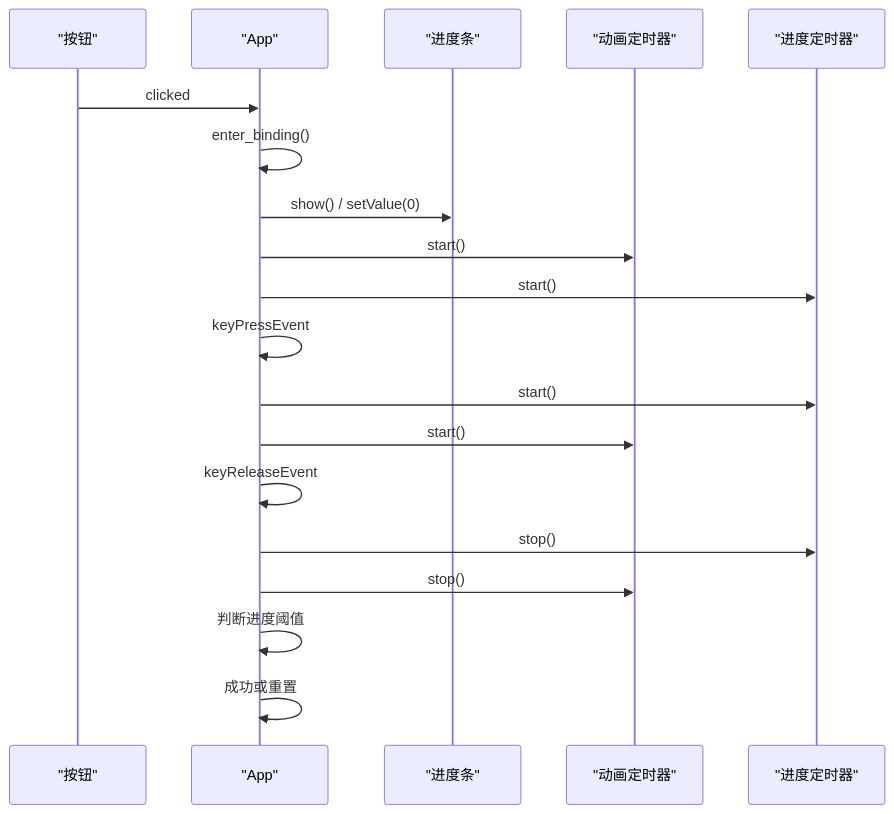
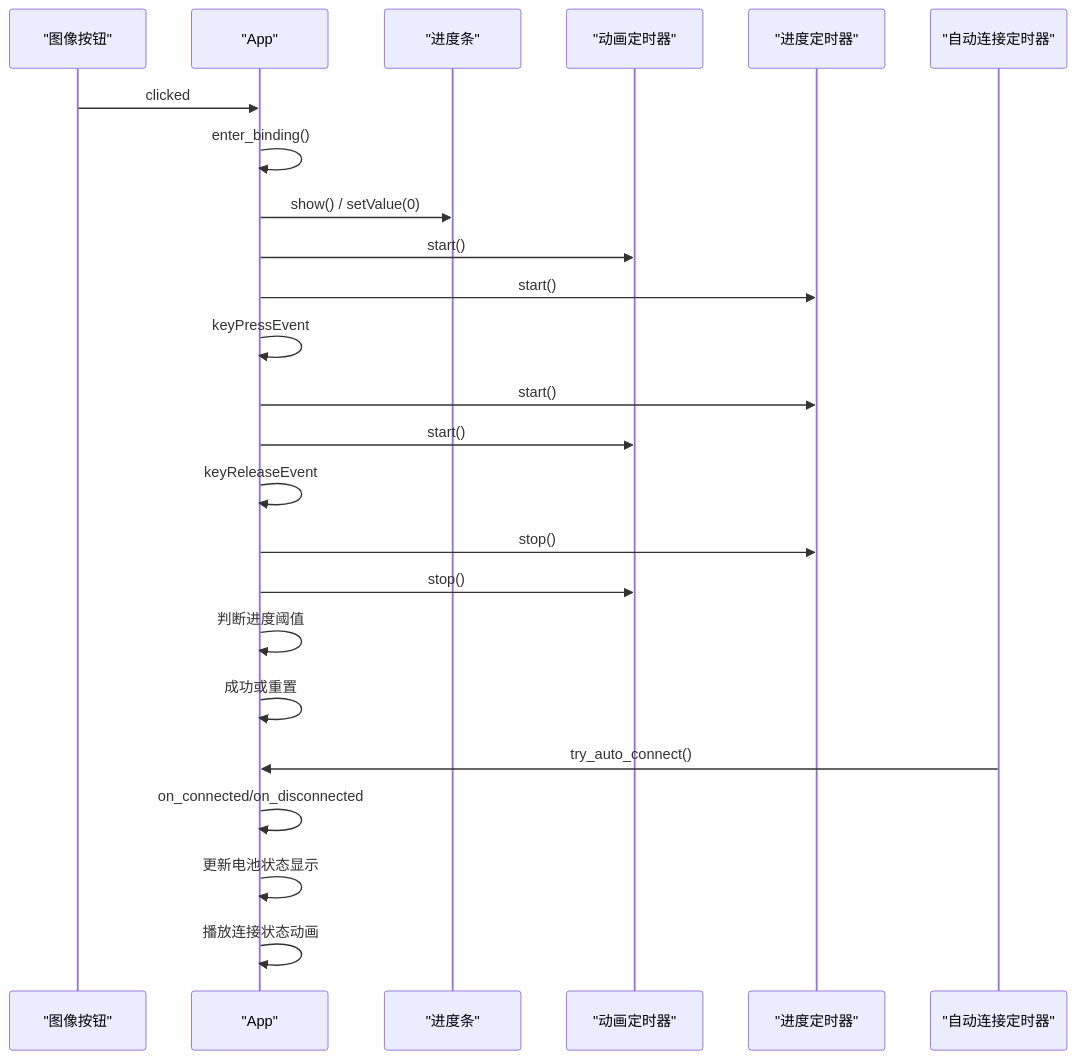
One commit to Hankun-P/wireless-keyboard-toy changed the seventh of 8 diagrams in .qoder/repowiki/zh/content/桌面应用架构/用户界面组件.md. Above: the diagram before and after it, drawn with Mermaid. The commit also changed other lines of this file and 10 other files, not shown here.

````diff
--- a/.qoder/repowiki/zh/content/桌面应用架构/用户界面组件.md
+++ b/.qoder/repowiki/zh/content/桌面应用架构/用户界面组件.md
@@ -261,21 +383,26 @@
 ```mermaid
 sequenceDiagram
-participant Btn as "按钮"
+participant Btn as "图像按钮"
 participant App as "App"
 participant PB as "进度条"
 participant Anim as "动画定时器"
 participant Prog as "进度定时器"
+participant Auto as "自动连接定时器"
 Btn->>App : clicked
 App->>App : enter_binding()
 App->>PB : show() / setValue(0)
 App->>Anim : start()
 App->>Prog : start()
 App->>App : keyPressEvent
 App->>Prog : start()
 App->>Anim : start()
 App->>App : keyReleaseEvent
 App->>Prog : stop()
 App->>Anim : stop()
 App->>App : 判断进度阈值
 App->>App : 成功或重置
+Auto->>App : try_auto_connect()
+App->>App : on_connected/on_disconnected
+App->>App : 更新电池状态显示
+App->>App : 播放连接状态动画
 ```
````
